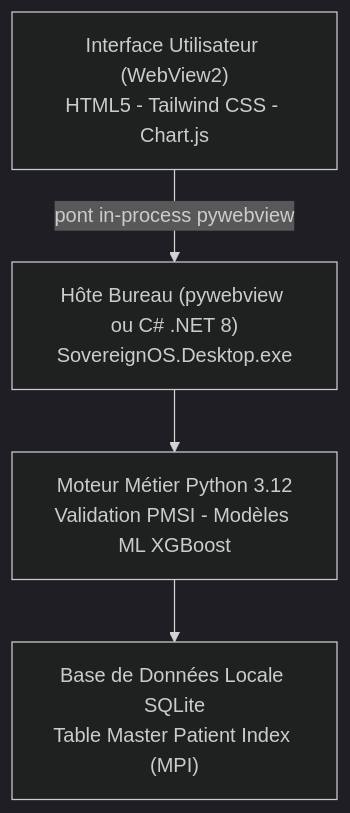
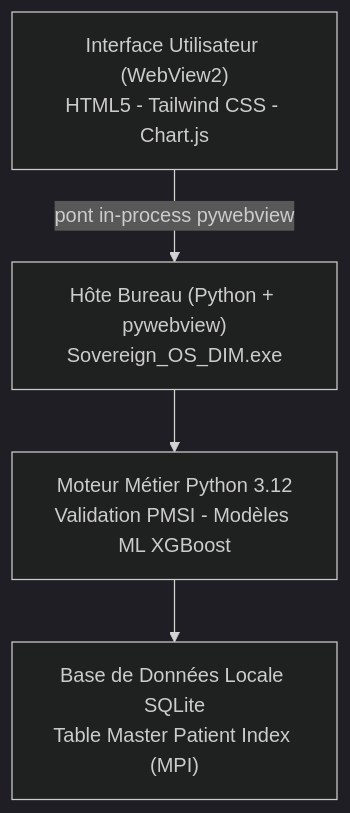
The first of 2 diagrams in docs/documentation_securite_dsi.md (Adam-Blf/sovereign_os_dim), drawn with Mermaid (dark theme) before and after one commit. The commit also changed other lines of this file and 42 other files, not shown here.

````diff
--- a/docs/documentation_securite_dsi.md
+++ b/docs/documentation_securite_dsi.md
@@ -44,11 +44,11 @@
 ```mermaid
 flowchart TB
     UI["Interface Utilisateur (WebView2)<br/>HTML5 - Tailwind CSS - Chart.js"]
-    HOST["Hôte Bureau (pywebview ou C# .NET 8)<br/>SovereignOS.Desktop.exe"]
+    HOST["Hôte Bureau (Python + pywebview)<br/>Sovereign_OS_DIM.exe"]
     API["Moteur Métier Python 3.12<br/>Validation PMSI - Modèles ML XGBoost"]
     DB["Base de Données Locale SQLite<br/>Table Master Patient Index (MPI)"]
 
     UI -->|pont in-process pywebview| HOST
     HOST --> API
     API --> DB
 ```
````
